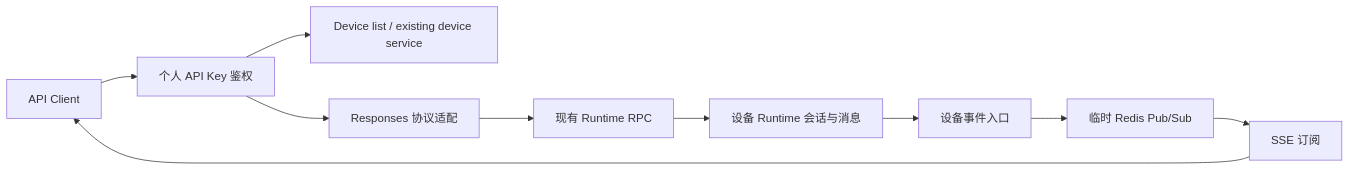
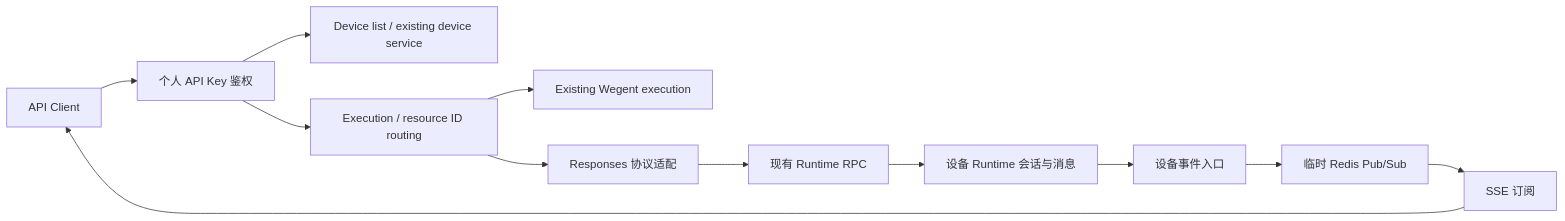
The diagram in docs/zh/wework/api.md (wecode-ai/Wegent), drawn with Mermaid before and after one commit. The commit also changed other lines of this file and 10 other files, not shown here.

````diff
--- a/docs/zh/wework/api.md
+++ b/docs/zh/wework/api.md
@@ -104,12 +113,14 @@
 ```mermaid
 flowchart LR
     Client[API Client] --> Auth[个人 API Key 鉴权]
     Auth --> Devices[Device list / existing device service]
-    Auth --> Adapter[Responses 协议适配]
+    Auth --> Routing[Execution / resource ID routing]
+    Routing --> Wegent[Existing Wegent execution]
+    Routing --> Adapter[Responses 协议适配]
     Adapter --> RPC[现有 Runtime RPC]
     RPC --> Runtime[设备 Runtime 会话与消息]
     Runtime --> Relay[设备事件入口]
     Relay --> PubSub[临时 Redis Pub/Sub]
     PubSub --> SSE[SSE 订阅]
     SSE --> Client
 ```
````
